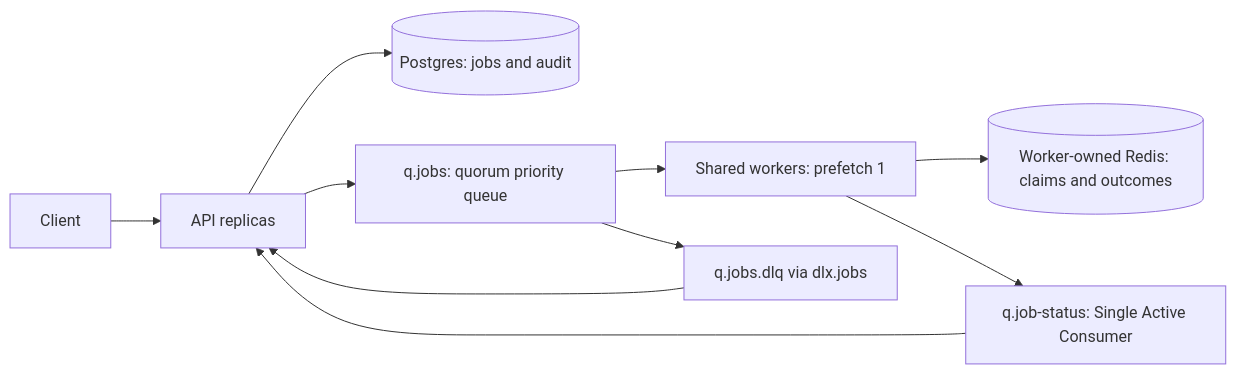
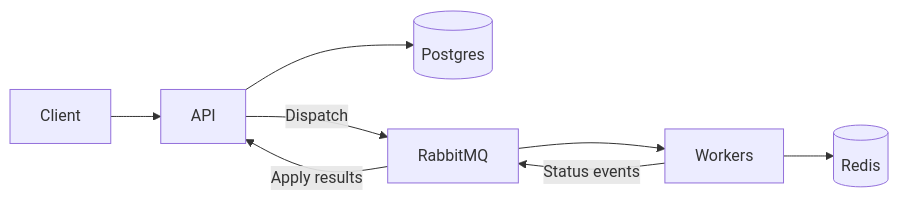
Before and after one commit to The-Rabak/Bifrost: the diagram in README.md, drawn with Mermaid. The commit also changed other lines of this file and 2 other files, not shown here.

Commit message:
Clarify architecture decisions, AI workflow, and project overview

````diff
--- a/README.md
+++ b/README.md
@@ -59,12 +9,10 @@
 ```mermaid
 flowchart LR
-  Client --> API[API replicas]
-  API --> PG[(Postgres: jobs and audit)]
-  API --> Work[q.jobs: quorum priority queue]
-  Work --> Workers[Shared workers: prefetch 1]
-  Workers --> Redis[(Worker-owned Redis: claims and outcomes)]
-  Workers --> Status[q.job-status: Single Active Consumer]
-  Status --> API
-  Work --> DLQ[q.jobs.dlq via dlx.jobs]
-  DLQ --> API
+    Client --> API
+    API --> Postgres[(Postgres)]
+    API -->|Dispatch| Queue[RabbitMQ]
+    Queue --> Workers
+    Workers --> Redis[(Redis)]
+    Workers -->|Status events| Queue
+    Queue -->|Apply results| API
 ```
````
